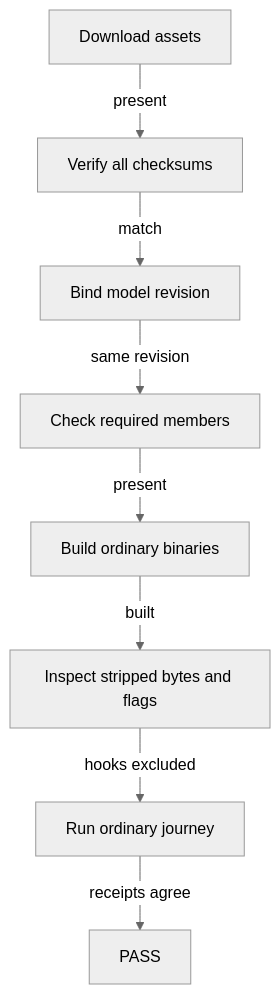
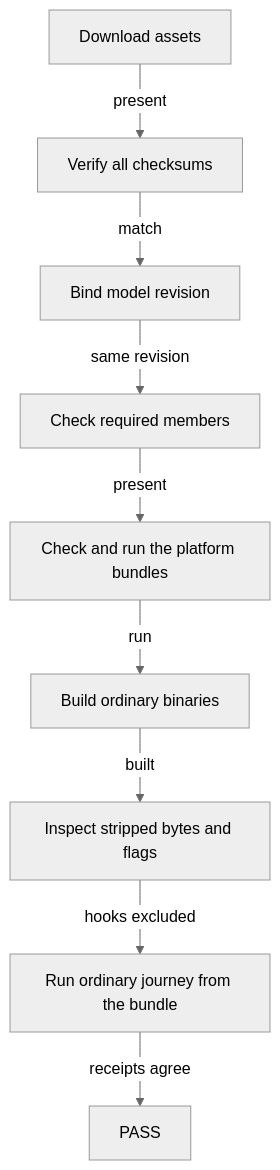
Before and after one commit to lambdasistemi/singular: the diagram in docs/verify-release.md, drawn with Mermaid (neutral theme). The commit also changed other lines of this file and 15 other files, not shown here.

````diff
--- a/docs/verify-release.md
+++ b/docs/verify-release.md
@@ -43,10 +44,11 @@
 ```mermaid
 flowchart TD
     D[Download assets] -->|present| S[Verify all checksums]
     S -->|match| M[Bind model revision]
     M -->|same revision| E[Check required members]
-    E -->|present| B[Build ordinary binaries]
+    E -->|present| K[Check and run the platform bundles]
+    K -->|run| B[Build ordinary binaries]
     B -->|built| H[Inspect stripped bytes and flags]
-    H -->|hooks excluded| J[Run ordinary journey]
+    H -->|hooks excluded| J[Run ordinary journey from the bundle]
     J -->|receipts agree| P[PASS]
 ```
````
